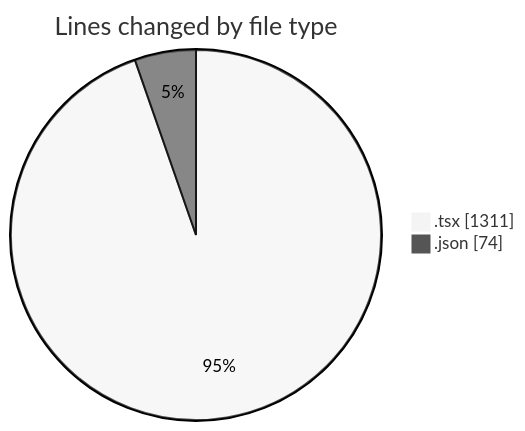
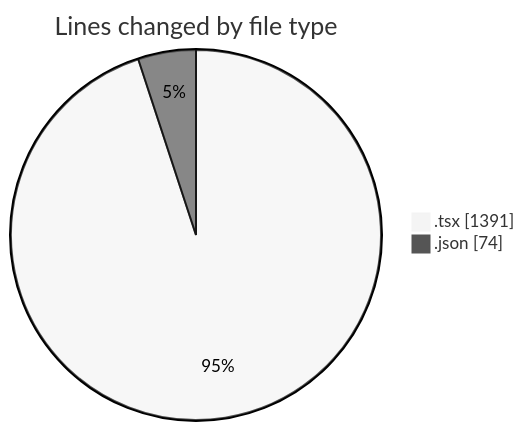
Before and after one commit to momahboobian/code-tracking: the first of 2 diagrams in 2025-04-08/cda/README.md, drawn with Mermaid (neutral theme). The commit also changed other lines of this file and 1 other file, not shown here.

````diff
--- a/2025-04-08/cda/README.md
+++ b/2025-04-08/cda/README.md
@@ -22,6 +22,6 @@
 ```mermaid
 pie showData
 title Lines changed by file type
-".tsx" : 1311
+".tsx" : 1391
 ".json" : 74
 ```
````
